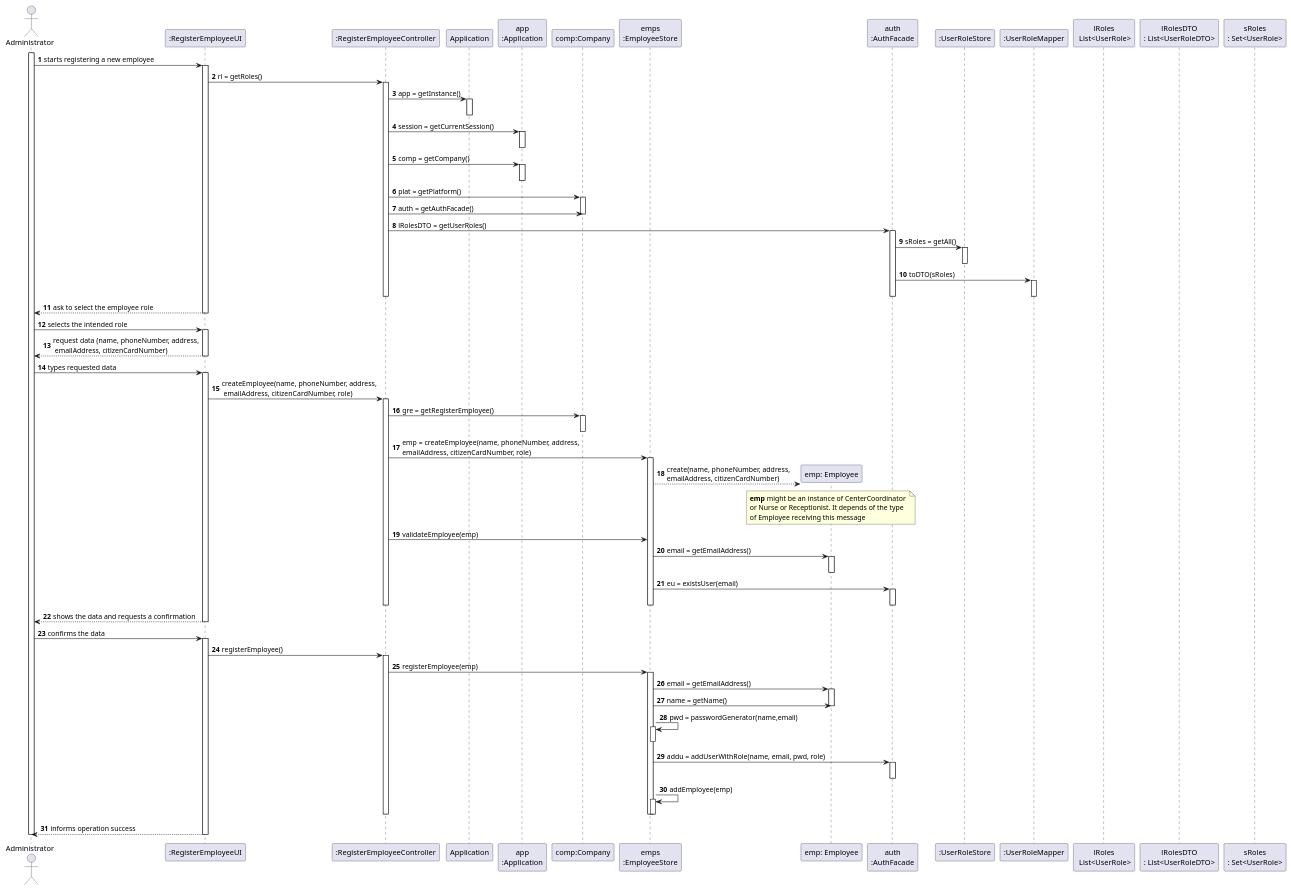
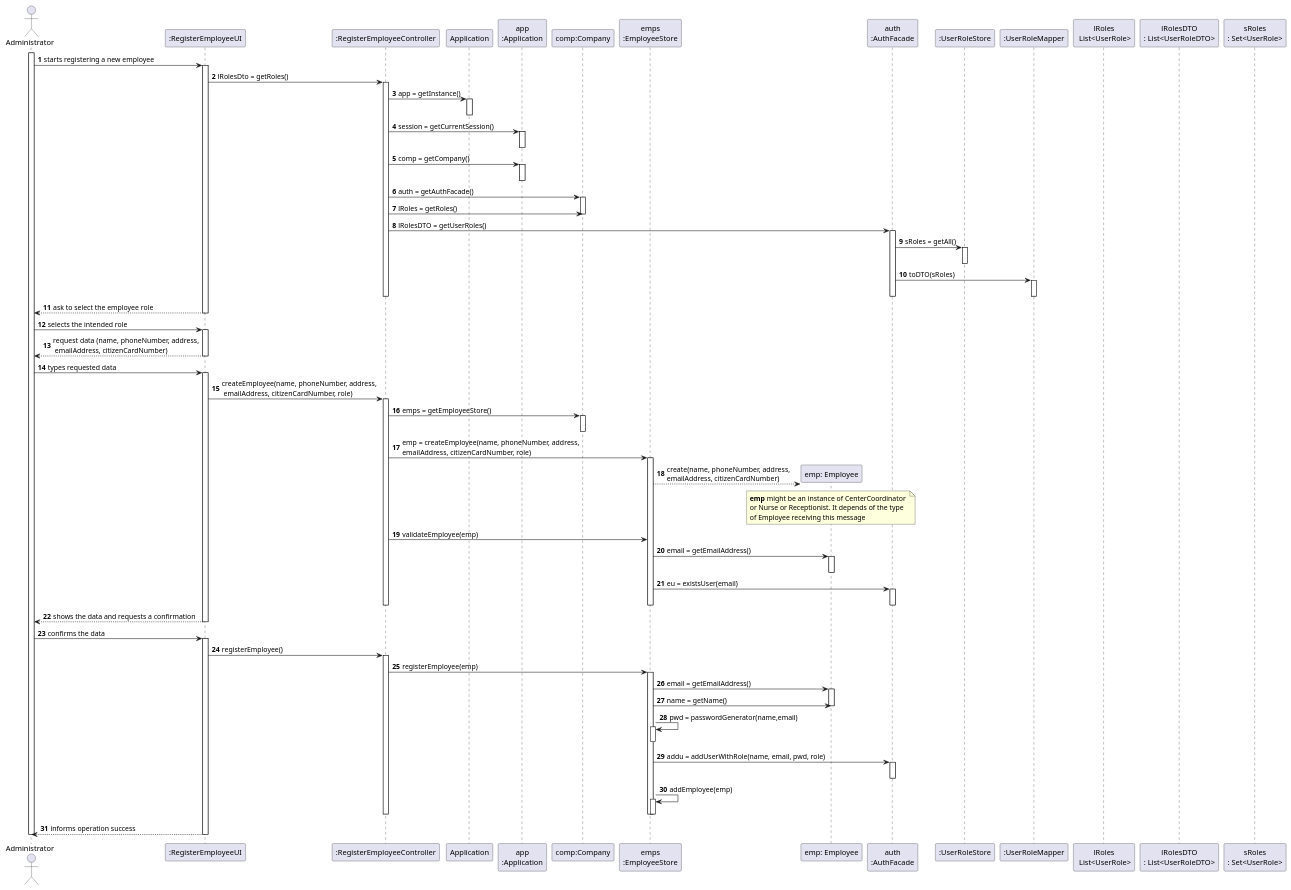
Before and after one commit to diogonapoles/isep-lapr2: the diagram in docs/SprintB/UserStories/US10/US010_SD.puml, drawn with PlantUML. The commit also changed 3 other files, not shown here.

```diff
--- a/docs/SprintB/UserStories/US10/US010_SD.puml
+++ b/docs/SprintB/UserStories/US10/US010_SD.puml
@@ -1,148 +1,149 @@
 @startuml
 autonumber
 actor "Administrator" as ADM
 
 
 participant ":RegisterEmployeeUI" as UI
 participant ":RegisterEmployeeController" as CTRL
 participant "Application" as APP
 participant "app\n:Application" as App
 participant "comp:Company" as COMP
 participant "emps\n:EmployeeStore" as EMPS
 participant "emp: Employee" as EMP
 participant "auth\n:AuthFacade" as AF
 participant ":UserRoleStore" as URS
 participant ":UserRoleMapper" as URM
 participant "lRoles\n List<UserRole>" as LR
 participant "lRolesDTO\n: List<UserRoleDTO>" as lRDTO
 participant "sRoles\n: Set<UserRole>" as SR
 
 
 
 activate ADM
 
 ADM -> UI : starts registering a new employee
 activate UI
 
-UI -> CTRL : rl = getRoles()
+UI -> CTRL : lRolesDto = getRoles()
 activate CTRL
 
 CTRL -> APP : app = getInstance()
 activate APP
 deactivate APP
 
 CTRL -> App: session = getCurrentSession()
 activate App
 deactivate App
 
 CTRL -> App : comp = getCompany()
 activate App
 deactivate App
 
-
-CTRL -> COMP : plat = getPlatform()
+CTRL -> COMP: auth = getAuthFacade()
 activate COMP
 
-CTRL -> COMP: auth = getAuthFacade()
+
+CTRL -> COMP: lRoles = getRoles()
 deactivate COMP
+
 
 CTRL -> AF : lRolesDTO = getUserRoles()
 activate AF
 
 AF -> URS : sRoles = getAll()
 activate URS
 deactivate URS
 
 AF -> URM :  toDTO(sRoles)
 activate URM
 
 deactivate URM
 deactivate AF
 deactivate CTRL
 
 UI --> ADM : ask to select the employee role
 deactivate UI
 
 
 
 ADM -> UI : selects the intended role
 activate UI
 
 UI --> ADM : request data (name, phoneNumber, address,\n emailAddress, citizenCardNumber)
 deactivate UI
 
 
 
 
 ADM -> UI : types requested data
 activate UI
 
 UI -> CTRL :createEmployee(name, phoneNumber, address,\n emailAddress, citizenCardNumber, role)
 activate CTRL
 
-CTRL -> COMP : gre = getRegisterEmployee()
+CTRL -> COMP : emps = getEmployeeStore()
 activate COMP
 deactivate COMP
 
 CTRL -> EMPS : emp = createEmployee(name, phoneNumber, address,\nemailAddress, citizenCardNumber, role)
 activate EMPS
 
 EMPS --> EMP** : create(name, phoneNumber, address, \nemailAddress, citizenCardNumber)
 
 note over EMP : **emp** might be an instance of CenterCoordinator \nor Nurse or Receptionist. It depends of the type \nof Employee receiving this message
 
 
 CTRL -> EMPS : validateEmployee(emp)
 
 EMPS -> EMP : email = getEmailAddress()
 activate EMP
 deactivate EMP
 
 EMPS -> AF : eu = existsUser(email)
 activate AF
 deactivate AF
 deactivate CTRL
 deactivate EMPS
 
 UI --> ADM : shows the data and requests a confirmation
 deactivate UI
 
 
 
 ADM -> UI : confirms the data
 activate UI
 
 UI -> CTRL : registerEmployee()
 activate CTRL
 
 CTRL -> EMPS: registerEmployee(emp)
 activate EMPS
 
 EMPS -> EMP : email = getEmailAddress()
 activate EMP
 
 EMPS -> EMP : name = getName()
 
 deactivate EMP
 
 EMPS -> EMPS : pwd = passwordGenerator(name,email)
 activate EMPS
 deactivate EMPS
 
 EMPS -> AF : addu = addUserWithRole(name, email, pwd, role)
 activate AF
 deactivate AF
 
 EMPS -> EMPS : addEmployee(emp)
 activate EMPS
 deactivate EMPS
 deactivate EMPS
 deactivate CTRL
 
 UI --> ADM : informs operation success
 deactivate UI
 
 
 deactivate ADM
 
 @enduml
```
